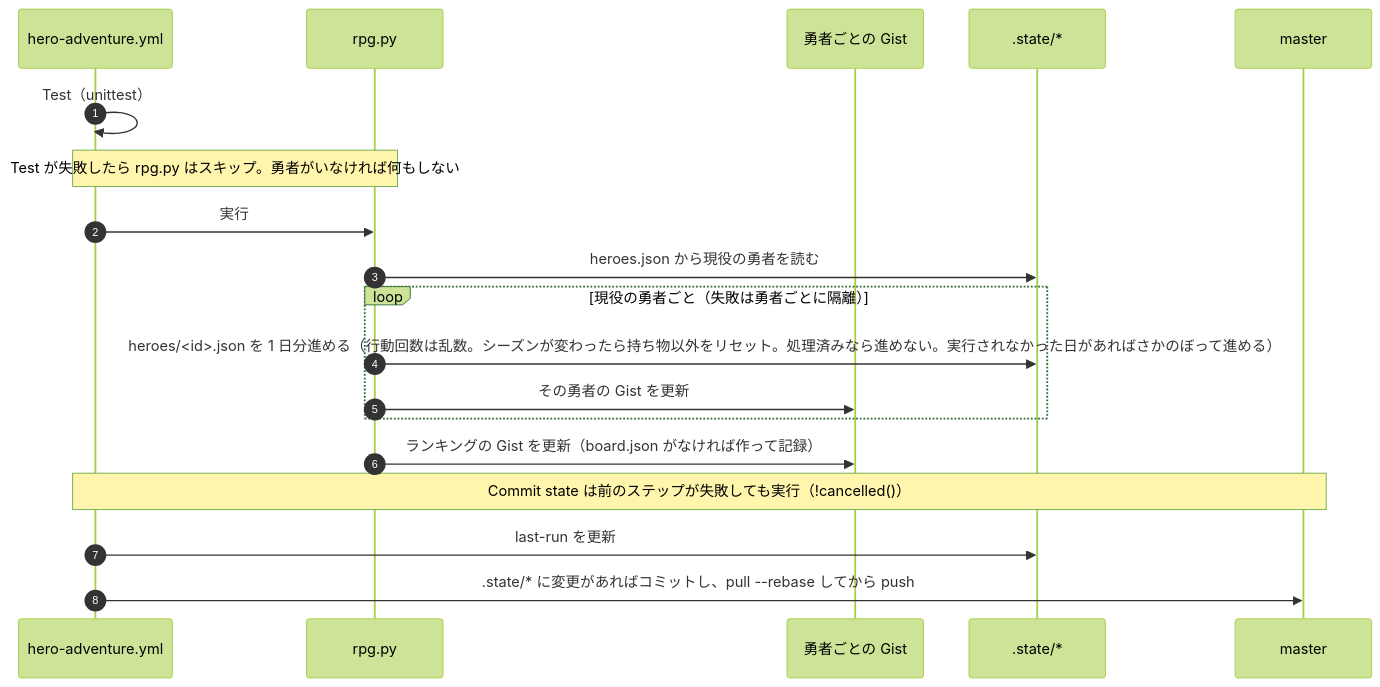
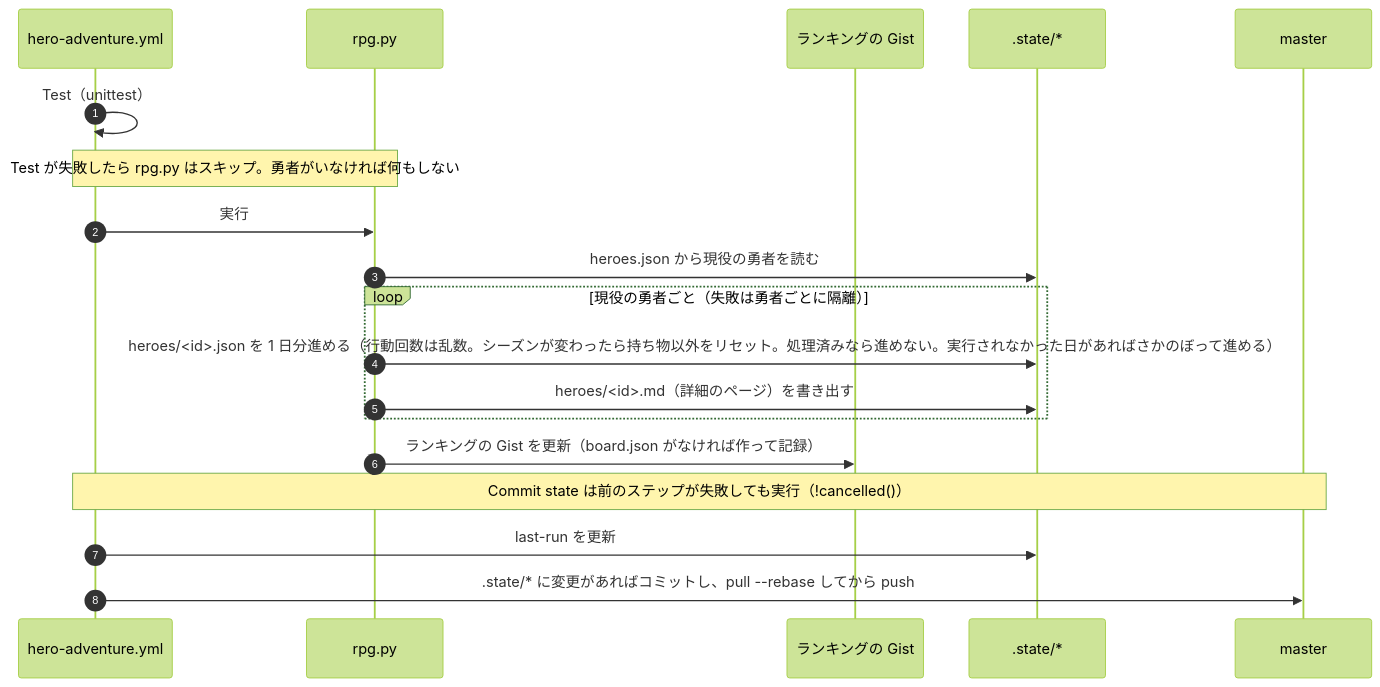
One commit to ot-nemoto/cryepis changed the second of 3 diagrams in docs/DATA_FLOW.md. Above: the diagram before and after it, drawn with Mermaid (forest theme). The commit also changed other lines of this file and 8 other files, not shown here.

First line of the commit message:
feat: 勇者ごとの Gist をやめ、詳細はリポジトリのページに書き出す

````diff
--- a/docs/DATA_FLOW.md
+++ b/docs/DATA_FLOW.md
@@ -70,22 +71,22 @@
 ```mermaid
 sequenceDiagram
     autonumber
     participant WF as hero-adventure.yml
     participant RP as rpg.py
-    participant G as 勇者ごとの Gist
+    participant G as ランキングの Gist
     participant S as .state/*
     participant M as master
 
     WF->>WF: Test（unittest）
     Note over WF,RP: Test が失敗したら rpg.py はスキップ。勇者がいなければ何もしない
     WF->>RP: 実行
     RP->>S: heroes.json から現役の勇者を読む
     loop 現役の勇者ごと（失敗は勇者ごとに隔離）
         RP->>S: heroes/<id>.json を 1 日分進める（行動回数は乱数。シーズンが変わったら持ち物以外をリセット。処理済みなら進めない。実行されなかった日があればさかのぼって進める）
-        RP->>G: その勇者の Gist を更新
+        RP->>S: heroes/<id>.md（詳細のページ）を書き出す
     end
     RP->>G: ランキングの Gist を更新（board.json がなければ作って記録）
     Note over WF,M: Commit state は前のステップが失敗しても実行（!cancelled()）
     WF->>S: last-run を更新
     WF->>M: .state/* に変更があればコミットし、pull --rebase してから push
 ```
````
